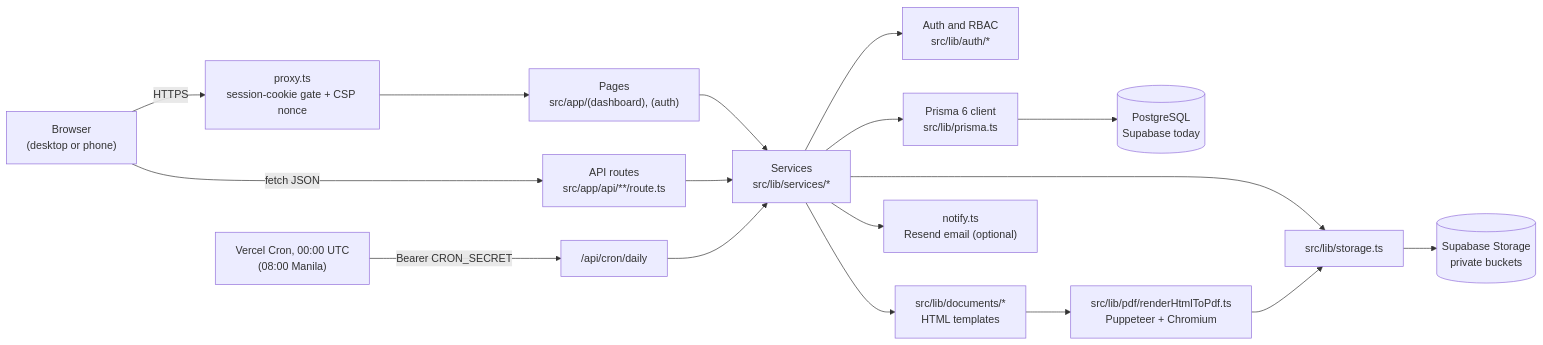
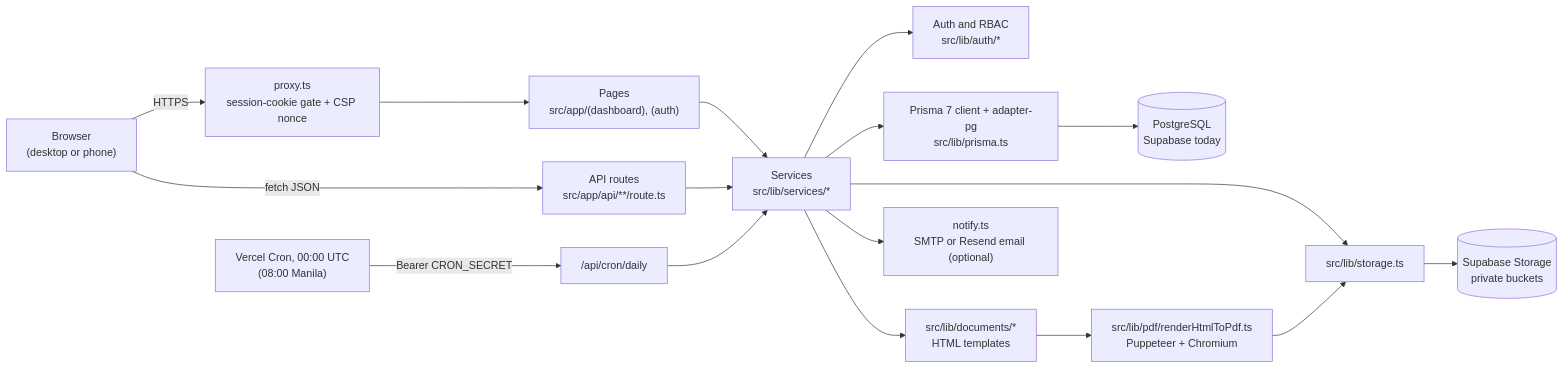
Before and after one commit to team-beacon-slu/idsms-cis: the first of 2 diagrams in docs/system/08-technical-design.md, drawn with Mermaid. The commit also changed other lines of this file and 21 other files, not shown here.

````diff
--- a/docs/system/08-technical-design.md
+++ b/docs/system/08-technical-design.md
@@ -13,19 +13,19 @@
 ```mermaid
 flowchart LR
     B["Browser<br/>(desktop or phone)"] -->|HTTPS| MW["proxy.ts<br/>session-cookie gate + CSP nonce"]
     MW --> P["Pages<br/>src/app/(dashboard), (auth)"]
     B -->|fetch JSON| API["API routes<br/>src/app/api/**/route.ts"]
     P --> S
     API --> S["Services<br/>src/lib/services/*"]
     S --> AUTH["Auth and RBAC<br/>src/lib/auth/*"]
-    S --> PR["Prisma 6 client<br/>src/lib/prisma.ts"]
+    S --> PR["Prisma 7 client + adapter-pg<br/>src/lib/prisma.ts"]
     PR --> DB[("PostgreSQL<br/>Supabase today")]
     S --> ST["src/lib/storage.ts"]
     ST --> OBJ[("Supabase Storage<br/>private buckets")]
     S --> DOC["src/lib/documents/*<br/>HTML templates"]
     DOC --> PDF["src/lib/pdf/renderHtmlToPdf.ts<br/>Puppeteer + Chromium"]
     PDF --> ST
-    S --> MAIL["notify.ts<br/>Resend email (optional)"]
+    S --> MAIL["notify.ts<br/>SMTP or Resend email (optional)"]
     CRON["Vercel Cron, 00:00 UTC<br/>(08:00 Manila)"] -->|Bearer CRON_SECRET| CR["/api/cron/daily"]
     CR --> S
 ```
````
